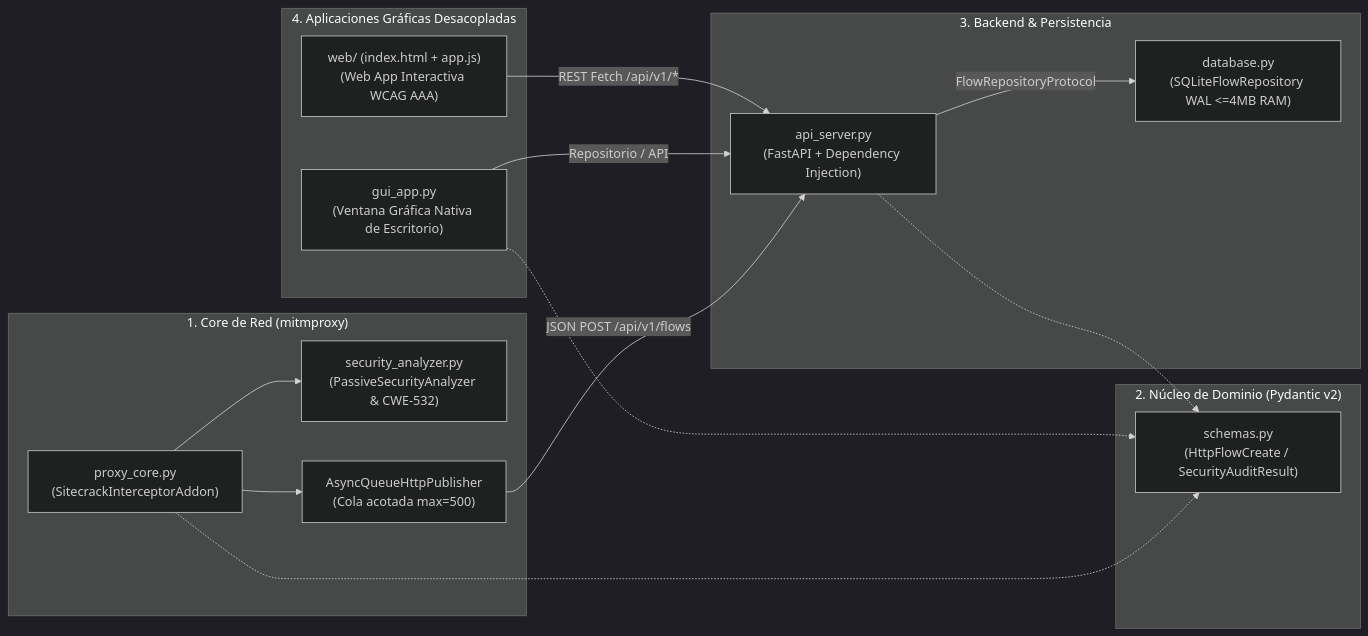
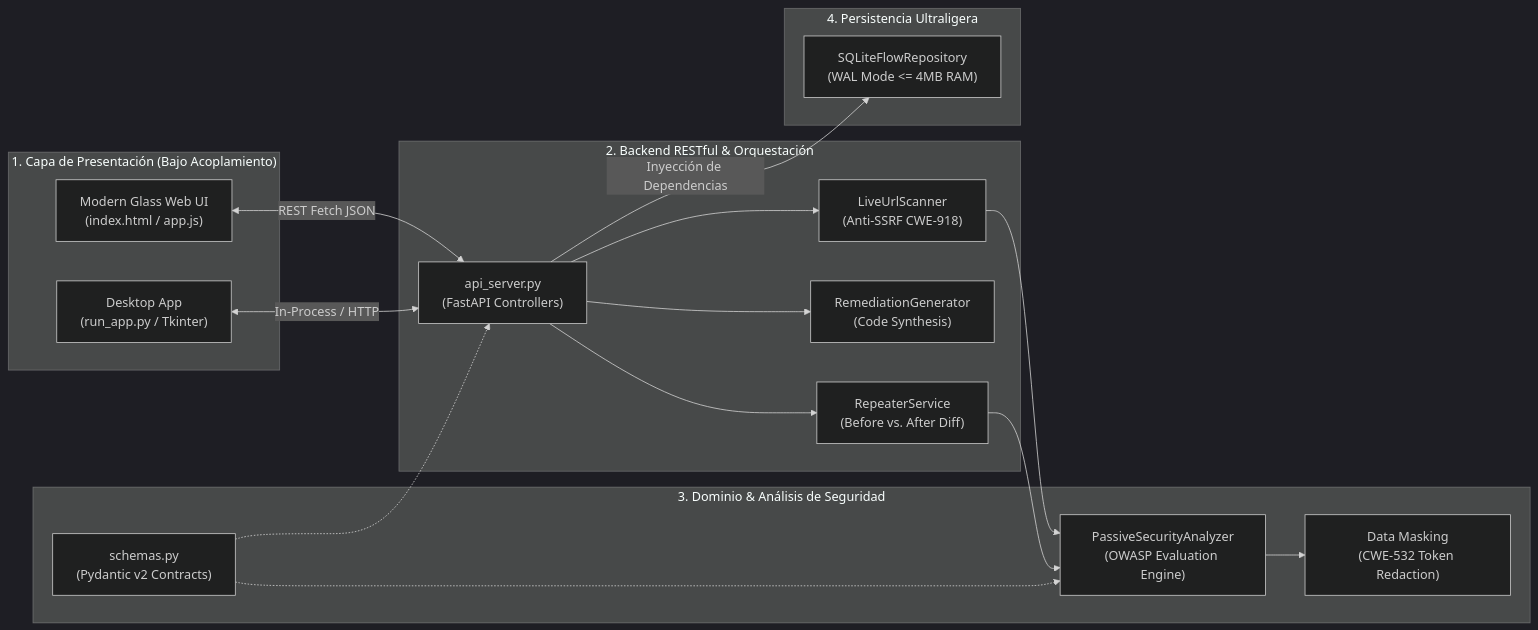
One commit to Kekkan74/Sitecrack changed the second of 2 diagrams in README.md. Above: the diagram before and after it, drawn with Mermaid (dark theme). The commit also changed other lines of this file, not shown here.

Commit message:
docs: comprehensive user guide, step-by-step audit methodology, and attack vector & remediation matrix

````diff
--- a/README.md
+++ b/README.md
@@ -54,32 +243,36 @@
 ```mermaid
 flowchart LR
-    subgraph Net["1. Core de Red (mitmproxy)"]
-        P1["proxy_core.py\n(SitecrackInterceptorAddon)"]
-        P2["security_analyzer.py\n(PassiveSecurityAnalyzer & CWE-532)"]
-        P3["AsyncQueueHttpPublisher\n(Cola acotada max=500)"]
+    subgraph UI["1. Capa de Presentación (Bajo Acoplamiento)"]
+        W1["Modern Glass Web UI\n(index.html / app.js)"]
+        W2["Desktop App\n(run_app.py / Tkinter)"]
     end
 
-    subgraph Domain["2. Núcleo de Dominio (Pydantic v2)"]
-        D1["schemas.py\n(HttpFlowCreate / SecurityAuditResult)"]
+    subgraph API["2. Backend RESTful & Orquestación"]
+        S1["api_server.py\n(FastAPI Controllers)"]
+        S2["LiveUrlScanner\n(Anti-SSRF CWE-918)"]
+        S3["RemediationGenerator\n(Code Synthesis)"]
+        S4["RepeaterService\n(Before vs. After Diff)"]
     end
 
-    subgraph API["3. Backend & Persistencia"]
-        A1["api_server.py\n(FastAPI + Dependency Injection)"]
-        A2["database.py\n(SQLiteFlowRepository WAL <=4MB RAM)"]
+    subgraph Core["3. Dominio & Análisis de Seguridad"]
+        C1["PassiveSecurityAnalyzer\n(OWASP Evaluation Engine)"]
+        C2["Data Masking\n(CWE-532 Token Redaction)"]
+        C3["schemas.py\n(Pydantic v2 Contracts)"]
     end
 
-    subgraph UI["4. Aplicaciones Gráficas Desacopladas"]
-        U1["gui_app.py\n(Ventana Gráfica Nativa de Escritorio)"]
-        U2["web/ (index.html + app.js)\n(Web App Interactiva WCAG AAA)"]
+    subgraph Storage["4. Persistencia Ultraligera"]
+        DB["SQLiteFlowRepository\n(WAL Mode <= 4MB RAM)"]
     end
 
-    P1 --> P2
-    P1 --> P3
-    P3 -->|"JSON POST /api/v1/flows"| A1
-    A1 -->|"FlowRepositoryProtocol"| A2
-    U1 -->|"Repositorio / API"| A1
-    U2 -->|"REST Fetch /api/v1/*"| A1
-    P1 -.-> D1
-    A1 -.-> D1
-    U1 -.-> D1
+    W1 <-->|"REST Fetch JSON"| S1
+    W2 <-->|"In-Process / HTTP"| S1
+    S1 --> S2
+    S1 --> S3
+    S1 --> S4
+    S2 --> C1
+    S4 --> C1
+    C1 --> C2
+    S1 -->|"Inyección de Dependencias"| DB
+    C3 -.-> S1
+    C3 -.-> C1
 ```
````
